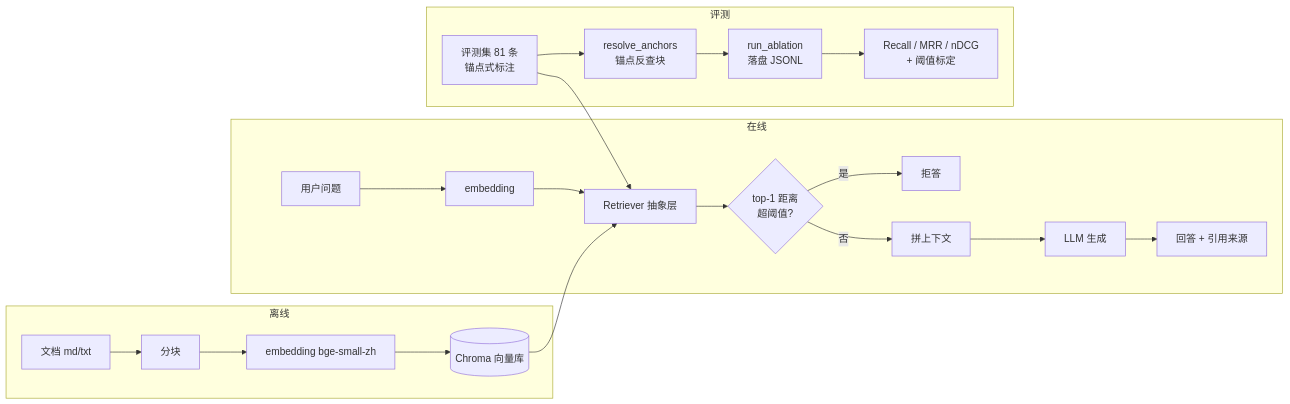
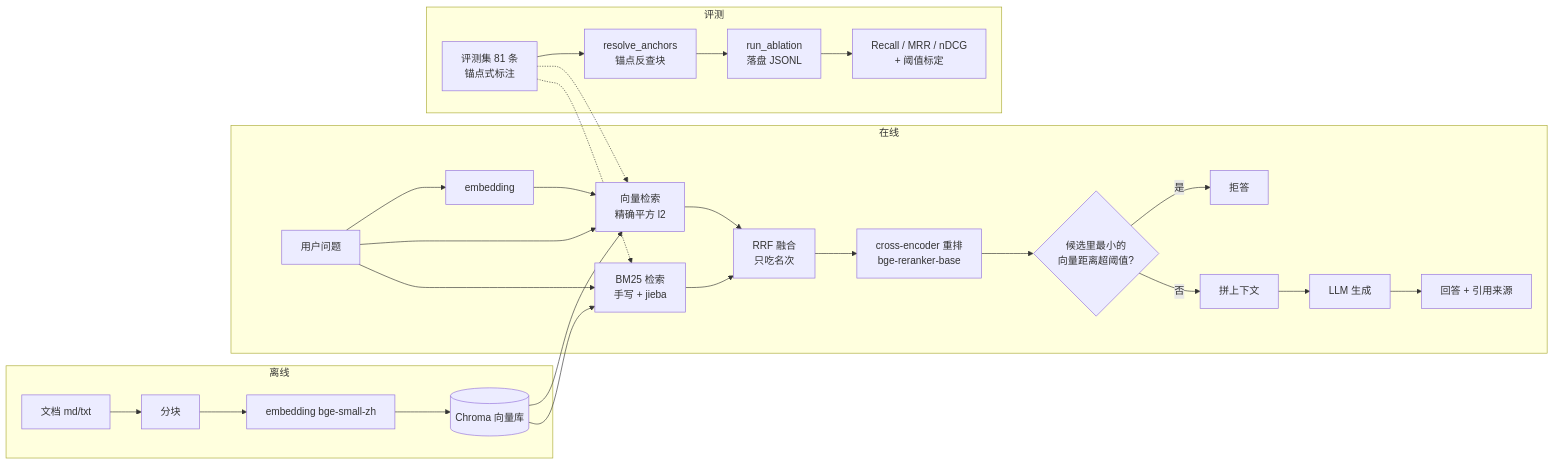
Before and after one commit to Ray-O-BUCK/course-rag: the diagram in README.md, drawn with Mermaid. The commit also changed other lines of this file and 29 other files, not shown here.

````diff
--- a/README.md
+++ b/README.md
@@ -34,24 +34,31 @@
 ```mermaid
 flowchart LR
     subgraph 离线
         A[文档 md/txt] --> B[分块]
         B --> C[embedding bge-small-zh]
         C --> D[(Chroma 向量库)]
     end
     subgraph 在线
         E[用户问题] --> F[embedding]
-        F --> G[Retriever 抽象层]
-        G --> H{"top-1 距离<br/>超阈值?"}
-        H -->|是| I[拒答]
-        H -->|否| J[拼上下文]
-        J --> K[LLM 生成]
-        K --> L[回答 + 引用来源]
+        E --> Gv[向量检索<br/>精确平方 l2]
+        E --> Gb[BM25 检索<br/>手写 + jieba]
+        D --> Gv
+        D --> Gb
+        F --> Gv
+        Gv --> H[RRF 融合<br/>只吃名次]
+        Gb --> H
+        H --> H2[cross-encoder 重排<br/>bge-reranker-base]
+        H2 --> I{"候选里最小的<br/>向量距离超阈值?"}
+        I -->|是| J[拒答]
+        I -->|否| K[拼上下文]
+        K --> L[LLM 生成]
+        L --> M[回答 + 引用来源]
     end
     subgraph 评测
-        M[评测集 81 条<br/>锚点式标注] --> N[resolve_anchors<br/>锚点反查块]
-        N --> O[run_ablation<br/>落盘 JSONL]
-        O --> P[Recall / MRR / nDCG<br/>+ 阈值标定]
+        N[评测集 81 条<br/>锚点式标注] --> O[resolve_anchors<br/>锚点反查块]
+        O --> P[run_ablation<br/>落盘 JSONL]
+        P --> Q[Recall / MRR / nDCG<br/>+ 阈值标定]
     end
-    D --> G
-    M --> G
+    N -.-> Gv
+    N -.-> Gb
 ```
````
